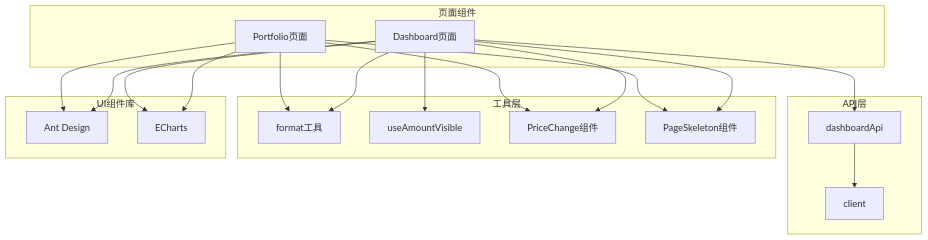
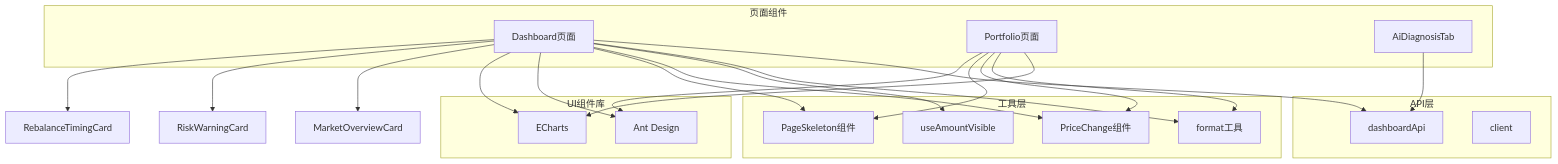
Before and after one commit to gree-coder/fund-butler: diagram 16 of 16 in .qoder/repowiki/zh/content/Dashboard Enhancement.md, drawn with Mermaid. The commit also changed other lines of this file and 22 other files, not shown here.

````diff
--- a/.qoder/repowiki/zh/content/Dashboard Enhancement.md
+++ b/.qoder/repowiki/zh/content/Dashboard Enhancement.md
@@ -589,34 +905,38 @@
 ```mermaid
 graph TB
 subgraph "页面组件"
 DP[Dashboard页面]
 PP[Portfolio页面]
+AIT[AiDiagnosisTab]
 end
 subgraph "API层"
 DA[dashboardApi]
 CL[client]
 end
 subgraph "工具层"
 UF[format工具]
 UV[useAmountVisible]
 PC[PriceChange组件]
 PS[PageSkeleton组件]
 end
 subgraph "UI组件库"
 AD[Ant Design]
 EC[ECharts]
 end
 DP --> DA
 DP --> UF
 DP --> UV
 DP --> PC
 DP --> PS
 PP --> EC
 PP --> UF
 PP --> PC
 PP --> PS
-DA --> CL
+AIT --> DA
 DP --> AD
 PP --> AD
 DP --> EC
+DP --> MarketOverviewCard
+DP --> RiskWarningCard
+DP --> RebalanceTimingCard
 ```
````
